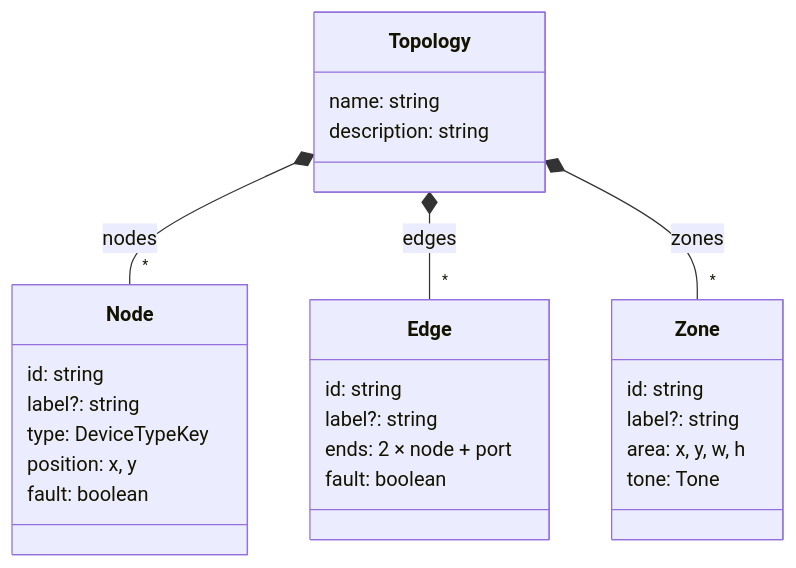
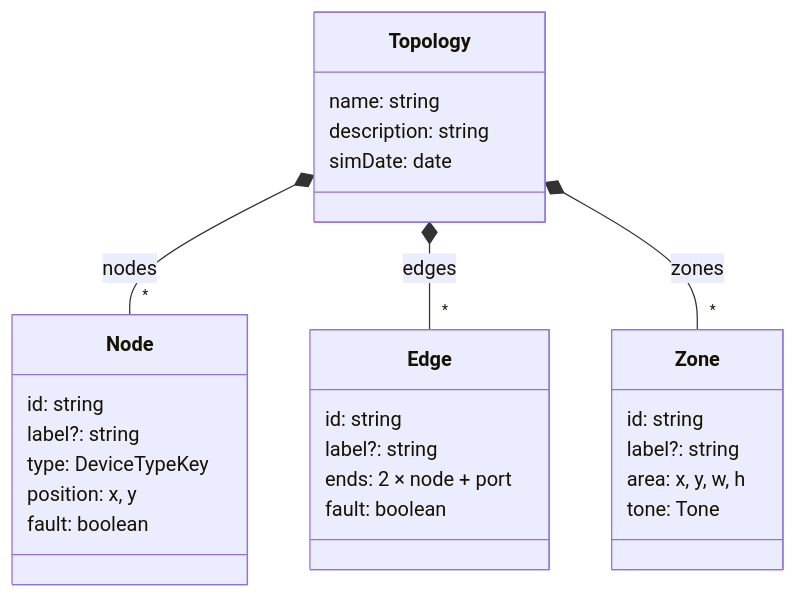
One commit to jurie2000/ti-visualizer changed the fourth of 10 diagrams in specs/001-ti-visualizer-baukasten/architektur.md. Above: the diagram before and after it, drawn with Mermaid. The commit also changed other lines of this file and 6 other files, not shown here.

````diff
--- a/specs/001-ti-visualizer-baukasten/architektur.md
+++ b/specs/001-ti-visualizer-baukasten/architektur.md
@@ -215,30 +220,31 @@
 ```mermaid
 classDiagram
     direction TB
     class Topology {
         name: string
         description: string
+        simDate: date
     }
     class Node {
         id: string
         label?: string
         type: DeviceTypeKey
         position: x, y
         fault: boolean
     }
     class Edge {
         id: string
         label?: string
         ends: 2 × node + port
         fault: boolean
     }
     class Zone {
         id: string
         label?: string
         area: x, y, w, h
         tone: Tone
     }
     Topology *-- "*" Node : nodes
     Topology *-- "*" Edge : edges
     Topology *-- "*" Zone : zones
 ```
````
